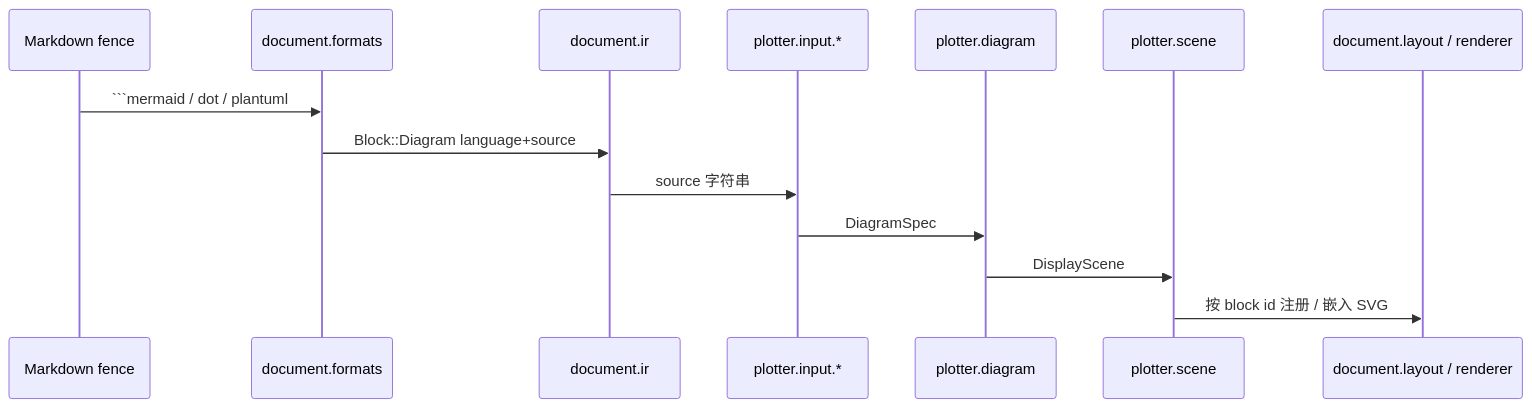
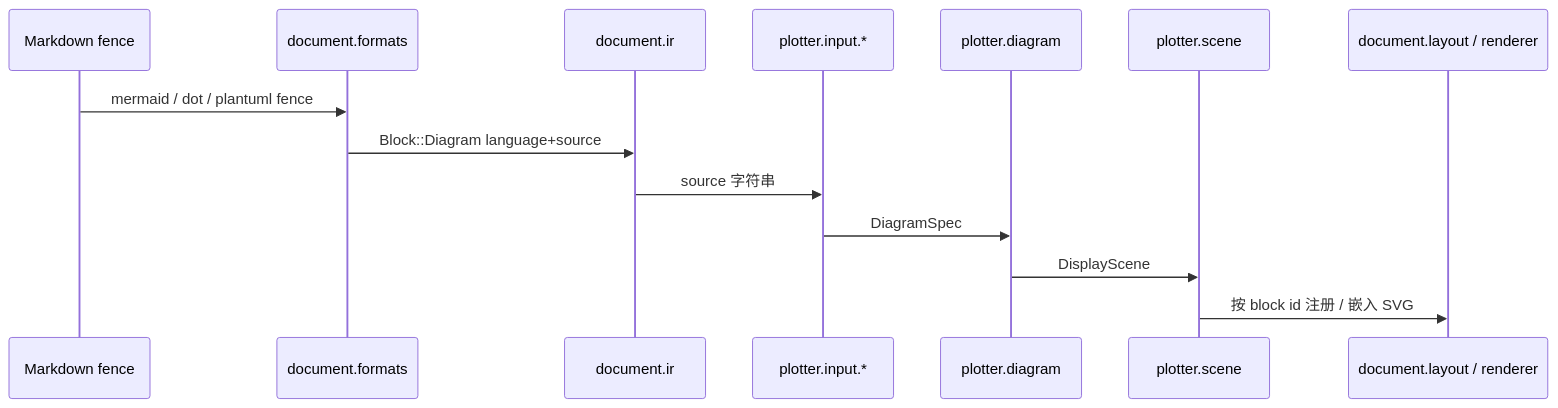
Before and after one commit to notedge/document.rs: the fifth of 5 diagrams in projects/plotter/readme.md, drawn with Mermaid. The commit also changed other lines of this file and 5 other files, not shown here.

````diff
--- a/projects/plotter/readme.md
+++ b/projects/plotter/readme.md
@@ -173,17 +175,17 @@
 ```mermaid
 sequenceDiagram
   participant MD as Markdown fence
   participant FMT as document.formats
   participant IR as document.ir
   participant IN as plotter.input.*
   participant DG as plotter.diagram
   participant SC as plotter.scene
   participant VX as document.layout / renderer
 
-  MD->>FMT: ```mermaid / dot / plantuml
+  MD->>FMT: mermaid / dot / plantuml fence
   FMT->>IR: Block::Diagram language+source
   IR->>IN: source 字符串
   IN->>DG: DiagramSpec
   DG->>SC: DisplayScene
   SC->>VX: 按 block id 注册 / 嵌入 SVG
 ```
````
